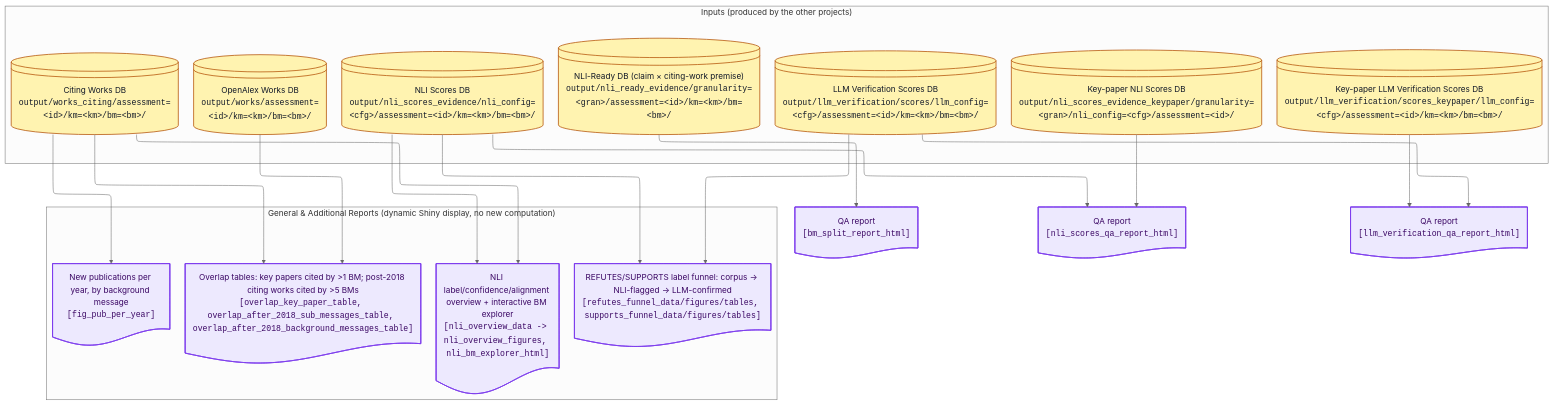
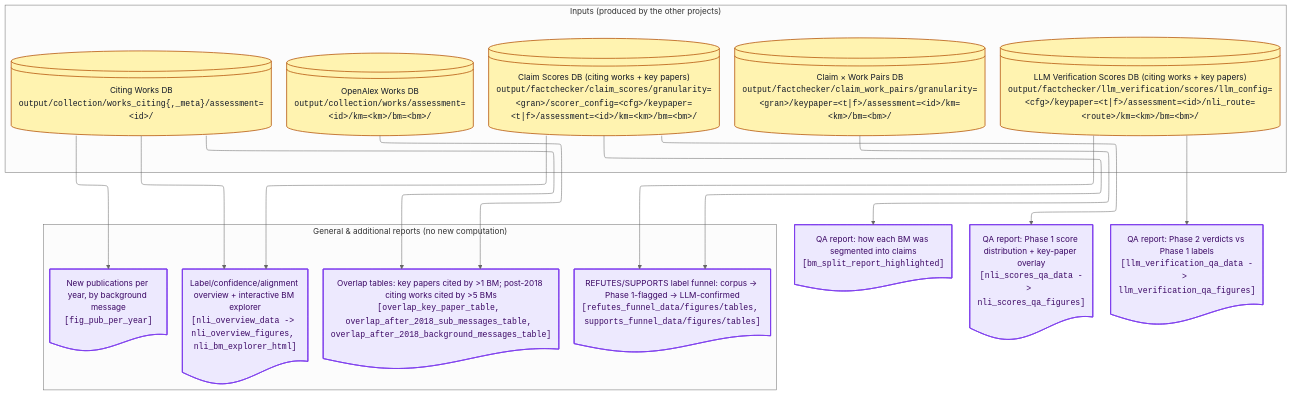
The diagram in input/mmd/workflow_reporting.mmd (IPBES-Data/IPBES_BM_Fact_Checker), drawn with Mermaid (neutral theme) before and after one commit. The commit also changed 88 other files, not shown here.

First line of the commit message:
Restructure output/, rename main->collection, retire the NLI backend

```diff
--- a/input/mmd/workflow_reporting.mmd
+++ b/input/mmd/workflow_reporting.mmd
@@ -1,68 +1,63 @@
 ---
 config:
   layout: elk
   elk:
     nodePlacementStrategy: BRANDES_KOEPF
 ---
 flowchart TD
 
+  %% Reporting project (_targets_reporting.R). Every qa_*/report_* node lives
+  %% here, because those targets do. The databases they read are drawn as
+  %% EXTERNAL inputs -- they are produced by the other projects and reach this
+  %% one as format = "file" declarations keeping the producing project's names.
+  %% --
   %% The training-data and fine-tuned-model QA reports were removed on
   %% 2026-10-05 with the training project itself (design_notes.md points 3, 7).
-  %% The key-paper views stay: that chain moved into factcheck, not away.
-
-  %% Reporting project (_targets_reporting.R). Split out of workflow_nli.mmd:
-  %% every qa_*/report_* node lives here, because those targets do. The
-  %% databases they read are drawn as EXTERNAL inputs -- they are produced by
-  %% the other projects and reach this one as tar_file() declarations.
+  %% The key-paper views stay: that chain moved into factcheck, not away, and
+  %% is now a keypaper= partition level rather than a parallel set of trees --
+  %% which is why there is one scores DB node here where there used to be two.
+  %% --
+  %% Several target names here still read nli_* (nli_overview_data,
+  %% nli_scores_qa_data, nli_bm_explorer_html, nli_granularities). That is the
+  %% live naming: the 2026-10-07 rename to claim_*/scorer_* covered
+  %% _targets_factcheck.R only. Phase 1 itself is Jev, not an NLI model.
 
   subgraph upstream["Inputs (produced by the other projects)"]
     direction TB
-  nli_ready_db@{ shape: lin-cyl, label: "NLI-Ready DB (claim × citing-work premise)<br/><tt>output/nli_ready_evidence/granularity=&lt;gran&gt;/assessment=&lt;id&gt;/km=&lt;km&gt;/bm=&lt;bm&gt;/</tt>" }
-  nli_scores_db@{ shape: lin-cyl, label: "NLI Scores DB<br/><tt>output/nli_scores_evidence/nli_config=&lt;cfg&gt;/assessment=&lt;id&gt;/km=&lt;km&gt;/bm=&lt;bm&gt;/</tt>" }
-  nli_scores_kp_db@{ shape: lin-cyl, label: "Key-paper NLI Scores DB<br/><tt>output/nli_scores_evidence_keypaper/granularity=&lt;gran&gt;/nli_config=&lt;cfg&gt;/assessment=&lt;id&gt;/</tt>" }
-  llm_scores_db@{ shape: lin-cyl, label: "LLM Verification Scores DB<br/><tt>output/llm_verification/scores/llm_config=&lt;cfg&gt;/assessment=&lt;id&gt;/km=&lt;km&gt;/bm=&lt;bm&gt;/</tt>" }
-  llm_scores_kp_db@{ shape: lin-cyl, label: "Key-paper LLM Verification Scores DB<br/><tt>output/llm_verification/scores_keypaper/llm_config=&lt;cfg&gt;/assessment=&lt;id&gt;/km=&lt;km&gt;/bm=&lt;bm&gt;/</tt>" }
-  citing_db@{ shape: lin-cyl, label: "Citing Works DB<br/><tt>output/works_citing/assessment=&lt;id&gt;/km=&lt;km&gt;/bm=&lt;bm&gt;/</tt>" }
-  works_db@{ shape: lin-cyl, label: "OpenAlex Works DB<br/><tt>output/works/assessment=&lt;id&gt;/km=&lt;km&gt;/bm=&lt;bm&gt;/</tt>" }
+  pairs_db@{ shape: lin-cyl, label: "Claim × Work Pairs DB<br/><tt>output/factchecker/claim_work_pairs/granularity=&lt;gran&gt;/keypaper=&lt;t|f&gt;/assessment=&lt;id&gt;/km=&lt;km&gt;/bm=&lt;bm&gt;/</tt>" }
+  scores_db@{ shape: lin-cyl, label: "Claim Scores DB (citing works + key papers)<br/><tt>output/factchecker/claim_scores/granularity=&lt;gran&gt;/scorer_config=&lt;cfg&gt;/keypaper=&lt;t|f&gt;/assessment=&lt;id&gt;/km=&lt;km&gt;/bm=&lt;bm&gt;/</tt>" }
+  llm_scores_db@{ shape: lin-cyl, label: "LLM Verification Scores DB (citing works + key papers)<br/><tt>output/factchecker/llm_verification/scores/llm_config=&lt;cfg&gt;/keypaper=&lt;t|f&gt;/assessment=&lt;id&gt;/nli_route=&lt;route&gt;/km=&lt;km&gt;/bm=&lt;bm&gt;/</tt>" }
+  citing_db@{ shape: lin-cyl, label: "Citing Works DB<br/><tt>output/collection/works_citing{,_meta}/assessment=&lt;id&gt;/</tt>" }
+  works_db@{ shape: lin-cyl, label: "OpenAlex Works DB<br/><tt>output/collection/works/assessment=&lt;id&gt;/km=&lt;km&gt;/bm=&lt;bm&gt;/</tt>" }
   end
 
-    qa_bm_split@{ shape: doc, label: "QA report<br/><tt>[bm_split_report_html]</tt>" }
-    qa_nli_scores@{ shape: doc, label: "QA report<br/><tt>[nli_scores_qa_report_html]</tt>" }
-    qa_llm_verify@{ shape: doc, label: "QA report<br/><tt>[llm_verification_qa_report_html]</tt>" }
+    qa_bm_split@{ shape: doc, label: "QA report: how each BM was segmented into claims<br/><tt>[bm_split_report_highlighted]</tt>" }
+    qa_scores@{ shape: doc, label: "QA report: Phase 1 score distribution + key-paper overlay<br/><tt>[nli_scores_qa_data -> nli_scores_qa_figures]</tt>" }
+    qa_llm_verify@{ shape: doc, label: "QA report: Phase 2 verdicts vs Phase 1 labels<br/><tt>[llm_verification_qa_data -> llm_verification_qa_figures]</tt>" }
 
-  subgraph general_reports["General & Additional Reports (dynamic Shiny display, no new computation)"]
+  subgraph general_reports["General & additional reports (no new computation)"]
     direction TB
 
     %% Nodes -- these are read-only reporting/browsing views over data
     %% already produced above; none of them triggers new scoring/LLM calls.
-    report_overview@{ shape: doc, label: "NLI label/confidence/alignment overview + interactive BM explorer<br/><tt>[nli_overview_data -> nli_overview_figures, nli_bm_explorer_html]</tt>" }
+    report_overview@{ shape: doc, label: "Label/confidence/alignment overview + interactive BM explorer<br/><tt>[nli_overview_data -> nli_overview_figures, nli_bm_explorer_html]</tt>" }
     report_overlap@{ shape: doc, label: "Overlap tables: key papers cited by >1 BM; post-2018 citing works cited by >5 BMs<br/><tt>[overlap_key_paper_table, overlap_after_2018_sub_messages_table, overlap_after_2018_background_messages_table]</tt>" }
     report_pub_year@{ shape: doc, label: "New publications per year, by background message<br/><tt>[fig_pub_per_year]</tt>" }
-    report_funnel@{ shape: doc, label: "REFUTES/SUPPORTS label funnel: corpus -&gt; NLI-flagged -&gt; LLM-confirmed<br/><tt>[refutes_funnel_data/figures/tables, supports_funnel_data/figures/tables]</tt>" }
+    report_funnel@{ shape: doc, label: "REFUTES/SUPPORTS label funnel: corpus -&gt; Phase 1-flagged -&gt; LLM-confirmed<br/><tt>[refutes_funnel_data/figures/tables, supports_funnel_data/figures/tables]</tt>" }
   end
 
-  nli_ready_db --> qa_bm_split
-  nli_scores_db --> qa_nli_scores
-  nli_scores_kp_db --> qa_nli_scores
+  pairs_db --> qa_bm_split
+  scores_db --> qa_scores
   llm_scores_db --> qa_llm_verify
-  llm_scores_kp_db --> qa_llm_verify
-  nli_scores_db --> report_overview
+  scores_db --> report_overview
   citing_db --> report_overview
   works_db --> report_overlap
   citing_db --> report_overlap
   citing_db --> report_pub_year
-  nli_scores_db --> report_funnel
+  scores_db --> report_funnel
   llm_scores_db --> report_funnel
-
-  click qa_bm_split href "#!qa_bm_split" "QA report: BM split"
-  click qa_nli_scores href "#!qa_nli_scores" "QA report: NLI scores"
-  click qa_llm_verify href "#!qa_llm_verify" "QA report: LLM verification"
-  click report_overview href "#!report_overview" "NLI overview + BM explorer"
-  click report_overlap href "#!report_overlap" "Overlap tables"
-  click report_pub_year href "#!report_pub_year" "Publications per year"
-  click report_funnel href "#!report_funnel" "REFUTES/SUPPORTS label funnel"
 
   classDef database  fill:#fff3b0,stroke:#b45309,color:#111827,stroke-width:1.5px;
   classDef qa_report fill:#ede9fe,stroke:#7c3aed,color:#3b0764,stroke-width:1.5px;
-  class nli_ready_db,nli_scores_db,nli_scores_kp_db,llm_scores_db,llm_scores_kp_db,citing_db,works_db database;
-  class qa_bm_split,qa_llm_verify,qa_nli_scores,report_funnel,report_overlap,report_overview,report_pub_year qa_report;
+  class pairs_db,scores_db,llm_scores_db,citing_db,works_db database;
+  class qa_bm_split,qa_llm_verify,qa_scores,report_funnel,report_overlap,report_overview,report_pub_year qa_report;
```
